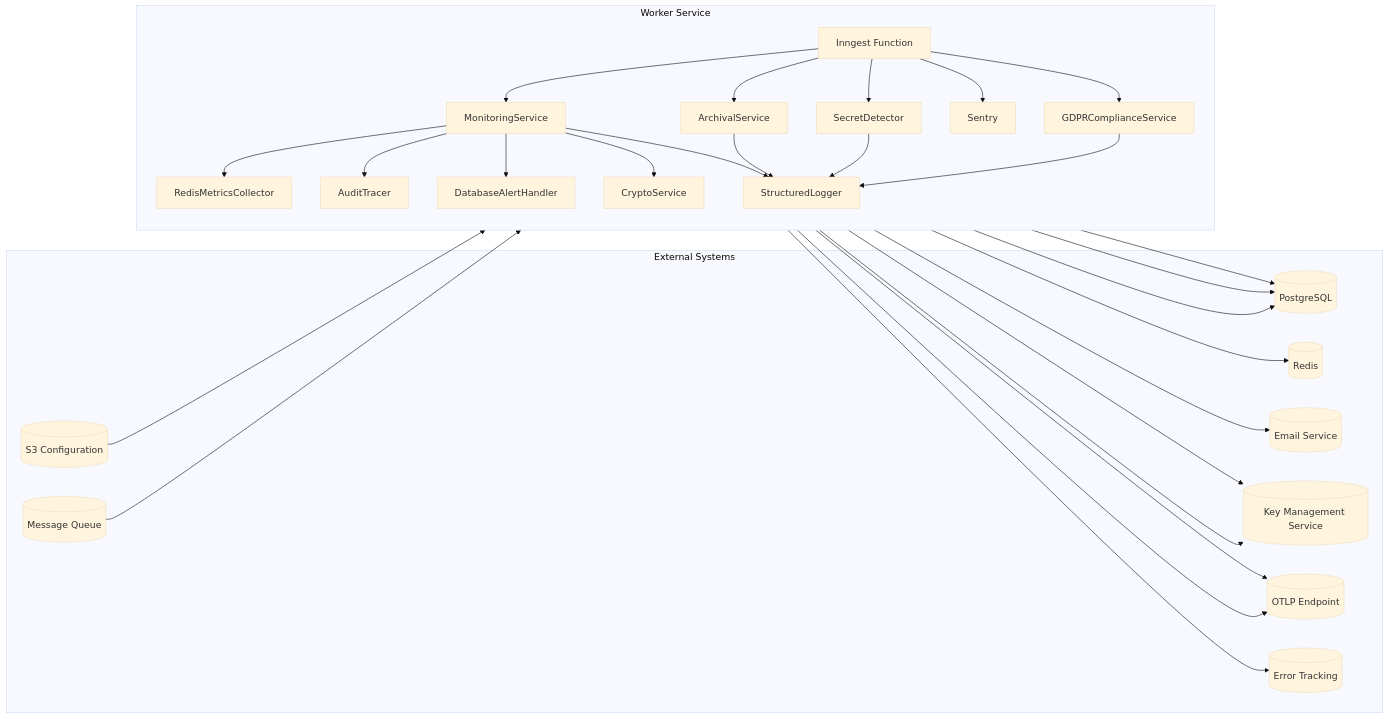
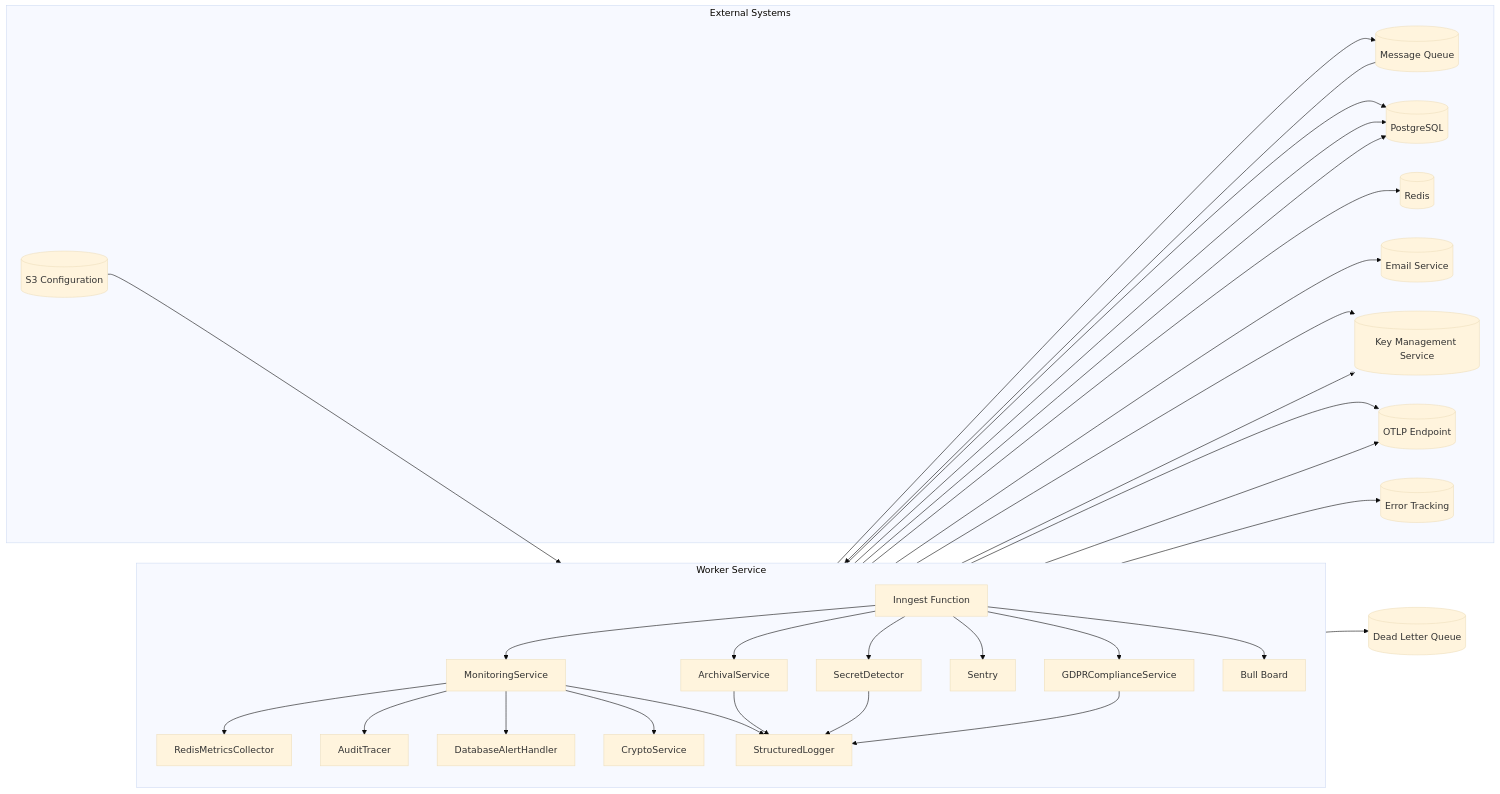
Before and after one commit to smedrec/smart-logs: the second of 14 diagrams in .qoder/repowiki/en/content/Worker Service.md, drawn with Mermaid (base theme). The commit also changed other lines of this file and 23 other files, not shown here.

````diff
--- a/.qoder/repowiki/en/content/Worker Service.md
+++ b/.qoder/repowiki/en/content/Worker Service.md
@@ -141,52 +154,56 @@
 ```mermaid
 graph LR
 subgraph "External Systems"
 MQ[(Message Queue)]
 DB[(PostgreSQL)]
 Cache[(Redis)]
 SMTP[(Email Service)]
 KMS[(Key Management Service)]
 OTLP[(OTLP Endpoint)]
 S3[(S3 Configuration)]
 Sentry[(Error Tracking)]
 end
 subgraph "Worker Service"
 direction TB
 Inngest[Inngest Function]
 Monitor[MonitoringService]
 Metrics[RedisMetricsCollector]
 Tracer[AuditTracer]
 Alerts[DatabaseAlertHandler]
 Crypto[CryptoService]
 Logger[StructuredLogger]
 Archival[ArchivalService]
 SecretDetector[SecretDetector]
 SentryClient[Sentry]
 GDPR[GDPRComplianceService]
+BullBoard[Bull Board]
 end
 S3 --> Inngest
 MQ --> Inngest
 Inngest --> Monitor
 Monitor --> Metrics
 Monitor --> Tracer
 Monitor --> Alerts
 Monitor --> Crypto
 Monitor --> Logger
 Crypto --> KMS
 Alerts --> DB
 Metrics --> Cache
 Monitor --> SMTP
 Tracer --> OTLP
 Logger --> OTLP
 Inngest --> Archival
 Archival --> DB
 Archival --> Logger
 Inngest --> SecretDetector
 SecretDetector --> Logger
 Inngest --> SentryClient
 SentryClient --> Sentry
 Inngest --> GDPR
 GDPR --> DB
 GDPR --> KMS
 GDPR --> Logger
+Inngest --> BullBoard
+BullBoard --> MQ
+BullBoard --> DLQ[(Dead Letter Queue)]
 ```
````
